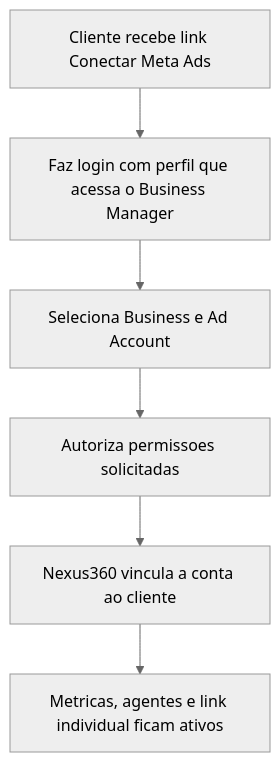
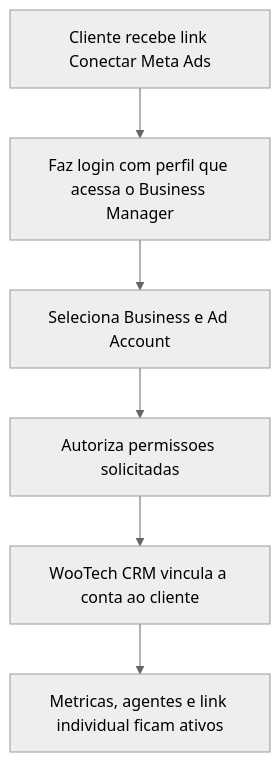
The fourth of 4 diagrams in docs/ADS_GOOGLE_META_INTEGRATION_GUIDE.md (fluowai/wootechcrm1), drawn with Mermaid (neutral theme) before and after one commit. The commit also changed other lines of this file and 90 other files, not shown here.

Commit message:
Rebrand Nexus CRM to WooTech CRM and update domain

````diff
--- a/docs/ADS_GOOGLE_META_INTEGRATION_GUIDE.md
+++ b/docs/ADS_GOOGLE_META_INTEGRATION_GUIDE.md
@@ -227,8 +227,8 @@
 ```mermaid
 flowchart TD
   A["Cliente recebe link Conectar Meta Ads"] --> B["Faz login com perfil que acessa o Business Manager"]
   B --> C["Seleciona Business e Ad Account"]
   C --> D["Autoriza permissoes solicitadas"]
-  D --> E["Nexus360 vincula a conta ao cliente"]
+  D --> E["WooTech CRM vincula a conta ao cliente"]
   E --> F["Metricas, agentes e link individual ficam ativos"]
 ```
````
